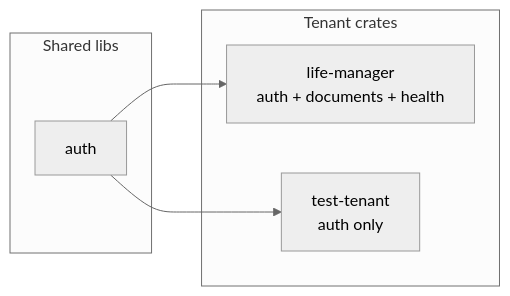
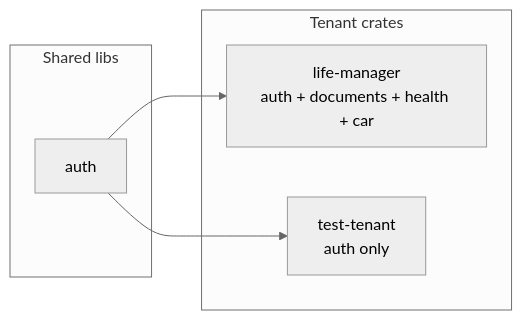
Before and after one commit to mikeyjay39/life-manager: the second of 6 diagrams in docs/architecture.md, drawn with Mermaid (neutral theme). The commit also changed other lines of this file and 96 other files, not shown here.

First line of the commit message:
Car Manager (#121): feature branch for review (#163)

````diff
--- a/docs/architecture.md
+++ b/docs/architecture.md
@@ -57,12 +57,12 @@
 ```mermaid
 flowchart LR
   subgraph shared["Shared libs"]
     authCrate["auth"]
   end
   subgraph tenants["Tenant crates"]
-    lm["life-manager\nauth + documents + health"]
+    lm["life-manager\nauth + documents + health + car"]
     tt["test-tenant\nauth only"]
   end
   authCrate --> lm
   authCrate --> tt
 ```
````
